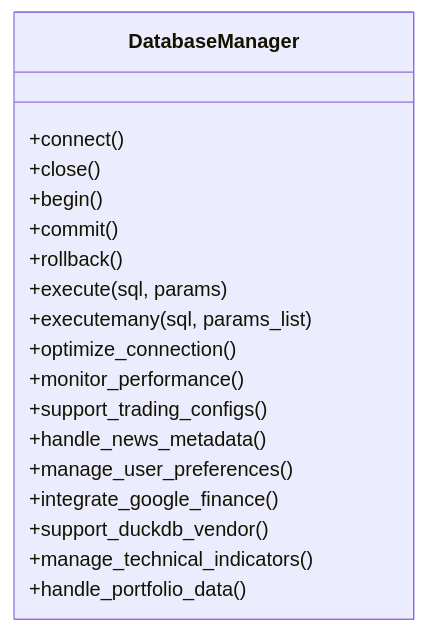
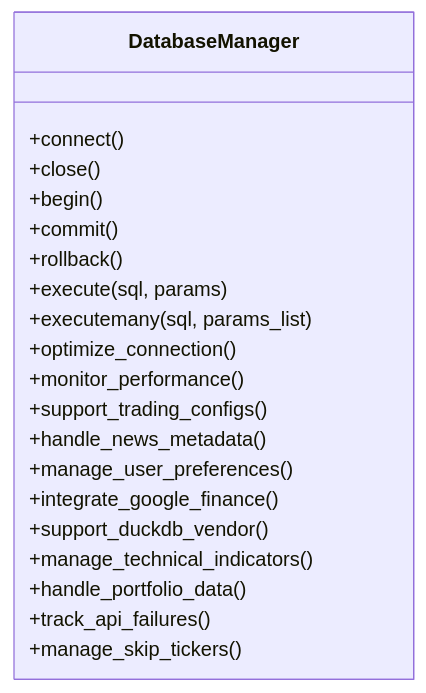
The ninth of 21 diagrams in .qoder/repowiki/en/content/Core Components/Data Engineering Module/Data Engineering Module.md (ZengSeng/telegram-bot), drawn with Mermaid before and after one commit. The commit also changed other lines of this file and 22 other files, not shown here.

````diff
--- a/.qoder/repowiki/en/content/Core Components/Data Engineering Module/Data Engineering Module.md
+++ b/.qoder/repowiki/en/content/Core Components/Data Engineering Module/Data Engineering Module.md
@@ -560,21 +561,23 @@
 ```mermaid
 classDiagram
 class DatabaseManager {
 +connect()
 +close()
 +begin()
 +commit()
 +rollback()
 +execute(sql, params)
 +executemany(sql, params_list)
 +optimize_connection()
 +monitor_performance()
 +support_trading_configs()
 +handle_news_metadata()
 +manage_user_preferences()
 +integrate_google_finance()
 +support_duckdb_vendor()
 +manage_technical_indicators()
 +handle_portfolio_data()
++track_api_failures()
++manage_skip_tickers()
 }
 ```
````
